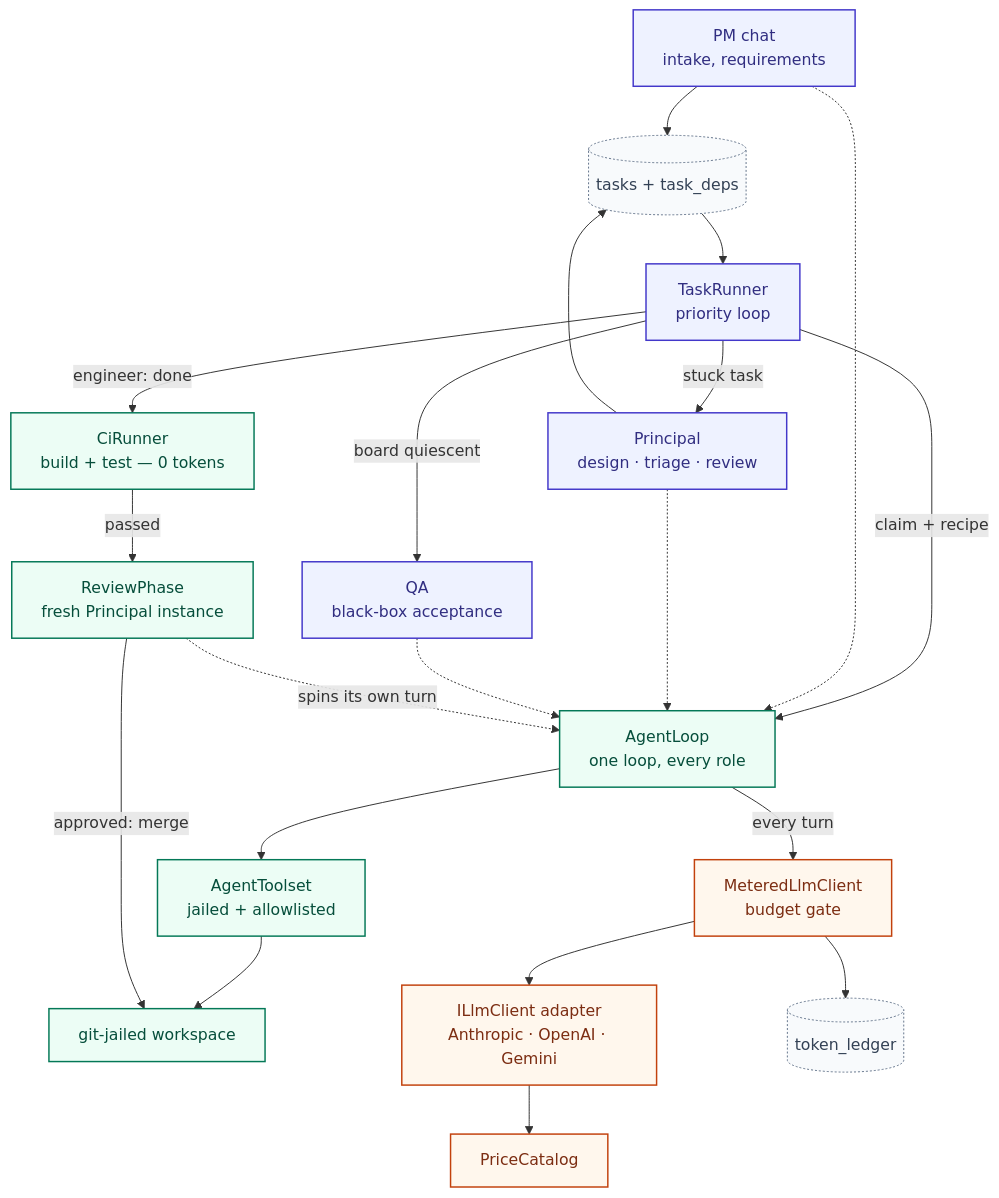
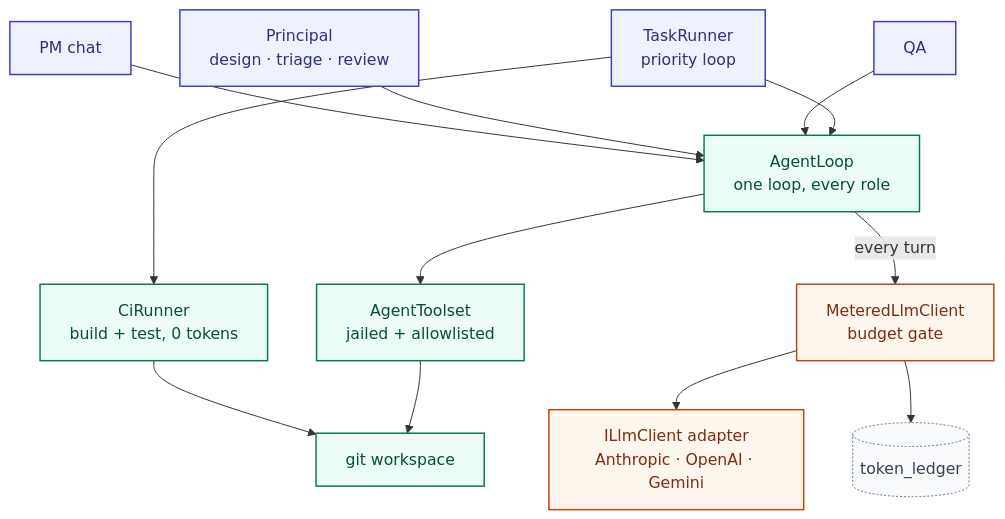
Before and after one commit to rachiet/forge: the second of 4 diagrams in ARCHITECTURE.md, drawn with Mermaid. The commit also changed other lines of this file and 16 other files, not shown here.

````diff
--- a/ARCHITECTURE.md
+++ b/ARCHITECTURE.md
@@ -30,42 +149,31 @@
 ```mermaid
 flowchart TD
     classDef orch fill:#eef2ff,stroke:#4338ca,stroke-width:1.5px,color:#312e81
     classDef harness fill:#ecfdf5,stroke:#047857,stroke-width:1.5px,color:#064e3b
     classDef meter fill:#fff7ed,stroke:#c2410c,stroke-width:1.5px,color:#7c2d12
     classDef store fill:#f8fafc,stroke:#64748b,stroke-width:1px,color:#334155,stroke-dasharray: 2 2
 
-    PM["PM chat<br/>intake, requirements"]:::orch
+    PM["PM chat"]:::orch
     PRIN["Principal<br/>design · triage · review"]:::orch
-    QA["QA<br/>black-box acceptance"]:::orch
-    DAG[("tasks + task_deps")]:::store
+    QA["QA"]:::orch
     RUNNER["TaskRunner<br/>priority loop"]:::orch
-
-    PM --> DAG
-    PRIN --> DAG
-    DAG --> RUNNER
-    RUNNER -->|stuck task| PRIN
-    RUNNER -->|board quiescent| QA
 
     LOOP["AgentLoop<br/>one loop, every role"]:::harness
     TOOLS["AgentToolset<br/>jailed + allowlisted"]:::harness
-    WS["git-jailed workspace"]:::harness
-    CI["CiRunner<br/>build + test — 0 tokens"]:::harness
-    REV["ReviewPhase<br/>fresh Principal instance"]:::harness
-
-    RUNNER -->|claim + recipe| LOOP
-    PM -.-> LOOP
-    PRIN -.-> LOOP
-    QA -.-> LOOP
-    LOOP --> TOOLS --> WS
-    RUNNER -->|engineer: done| CI -->|passed| REV -->|approved: merge| WS
-    REV -.->|spins its own turn| LOOP
+    WS["git workspace"]:::harness
+    CI["CiRunner<br/>build + test, 0 tokens"]:::harness
 
     MLC["MeteredLlmClient<br/>budget gate"]:::meter
     ADAPT["ILlmClient adapter<br/>Anthropic · OpenAI · Gemini"]:::meter
-    PRICE["PriceCatalog"]:::meter
     LEDGER[("token_ledger")]:::store
 
+    PM --> LOOP
+    PRIN --> LOOP
+    QA --> LOOP
+    RUNNER --> LOOP
+    RUNNER --> CI --> WS
+    LOOP --> TOOLS --> WS
     LOOP -->|every turn| MLC
-    MLC --> ADAPT --> PRICE
+    MLC --> ADAPT
     MLC --> LEDGER
 ```
````
